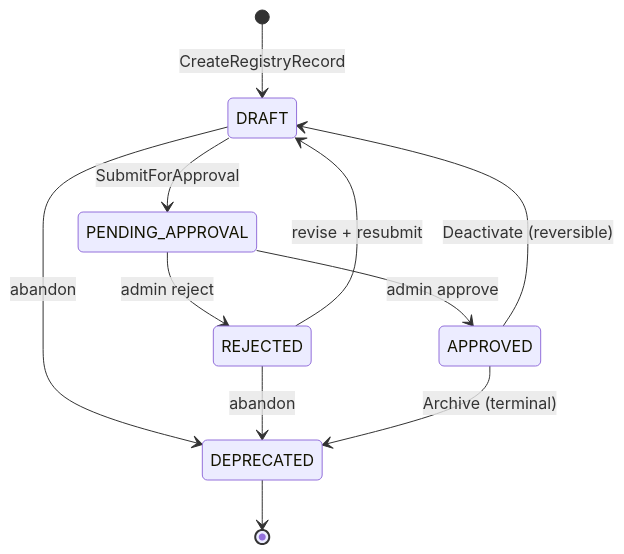
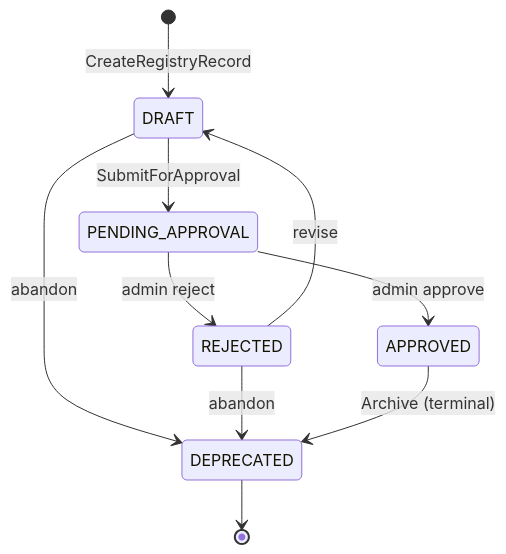
Before and after one commit to aws-samples/sample-citadel: the diagram in docs/AGENT_RECORDS.md, drawn with Mermaid. The commit also changed other lines of this file and 1 other file, not shown here.

Commit message:
docs(registry): document the status targets the registry service actually accepts and remove the unreachable draft transition

````diff
--- a/docs/AGENT_RECORDS.md
+++ b/docs/AGENT_RECORDS.md
@@ -240,13 +250,12 @@
 ```mermaid
 stateDiagram-v2
     [*] --> DRAFT: CreateRegistryRecord
     DRAFT --> PENDING_APPROVAL: SubmitForApproval
     DRAFT --> DEPRECATED: abandon
     PENDING_APPROVAL --> APPROVED: admin approve
     PENDING_APPROVAL --> REJECTED: admin reject
-    REJECTED --> DRAFT: revise + resubmit
+    REJECTED --> DRAFT: revise
     REJECTED --> DEPRECATED: abandon
-    APPROVED --> DRAFT: Deactivate (reversible)
     APPROVED --> DEPRECATED: Archive (terminal)
     DEPRECATED --> [*]
 ```
````
